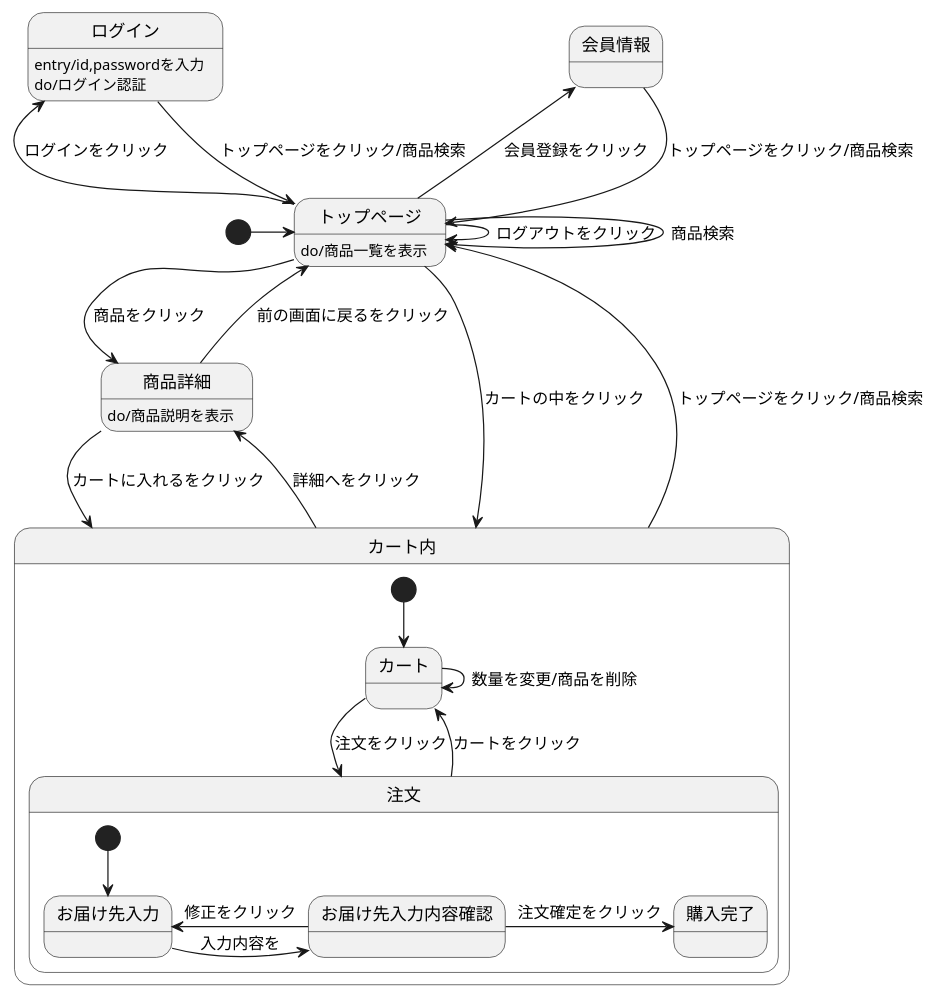
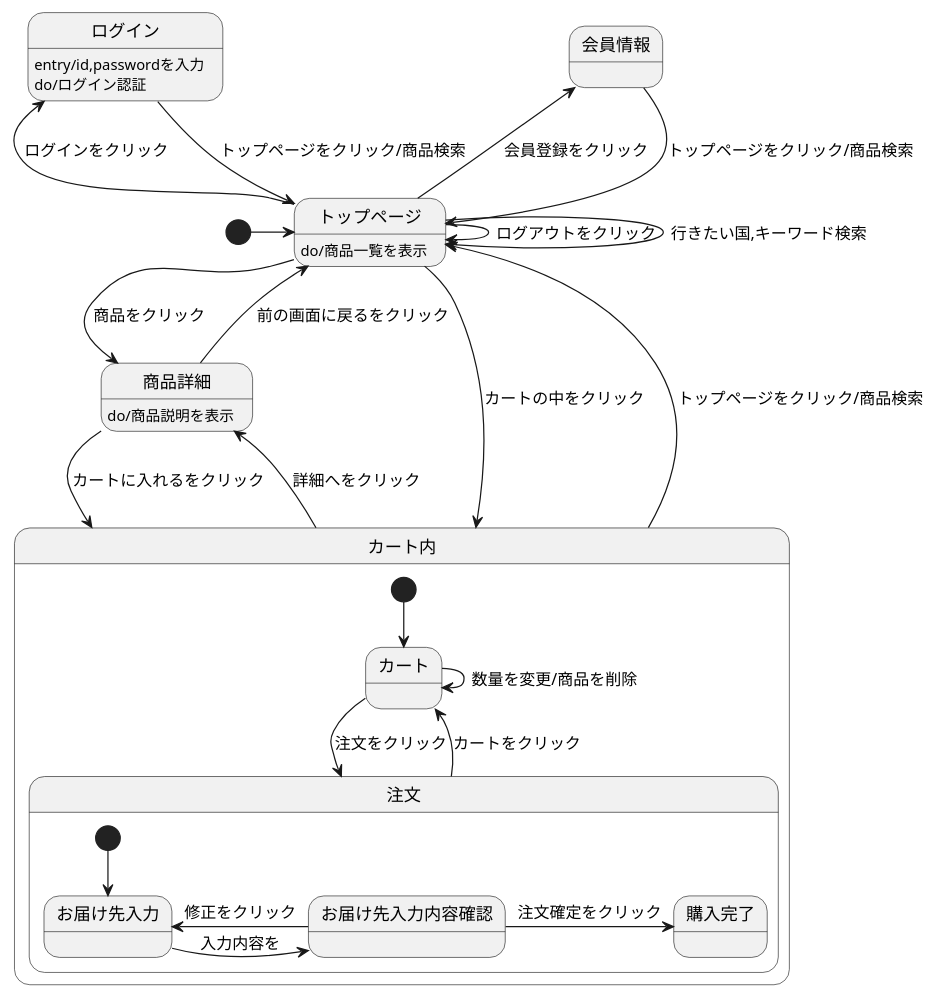
One commit to Aso2001195/2021sys-design changed the diagram in kadai8.md. Above: the diagram before and after it, drawn with PlantUML.

````diff
--- a/kadai8.md
+++ b/kadai8.md
@@ -1,34 +1,34 @@
 ```uml
 @startuml
 [*] -> トップページ
 会員情報 --> トップページ :トップページをクリック/商品検索
 ログイン --> トップページ :トップページをクリック/商品検索
 ログイン :entry/id,passwordを入力
 ログイン :do/ログイン認証
 トップページ -> トップページ :ログアウトをクリック
-トップページ -> トップページ :商品検索
+トップページ -> トップページ :行きたい国,キーワード検索
 トップページ -> 商品詳細 :商品をクリック
 トップページ -left-> 会員情報 :会員登録をクリック
 トップページ -left-> ログイン :ログインをクリック
 トップページ -> カート内 :カートの中をクリック
 トップページ : do/商品一覧を表示
 商品詳細 --> カート内 :カートに入れるをクリック
 商品詳細 --> トップページ :前の画面に戻るをクリック
 商品詳細 :do/商品説明を表示
 カート内 -up-> トップページ :トップページをクリック/商品検索
 カート内 ->商品詳細 :詳細へをクリック
 
 state カート内{
 [*] --> カート
 カート -> 注文 :注文をクリック
 カート -> カート :数量を変更/商品を削除
 注文 --> カート :カートをクリック
 state 注文{
  [*] --> お届け先入力
  お届け先入力 -> お届け先入力内容確認 :入力内容を
  お届け先入力内容確認 -> お届け先入力 :修正をクリック
  お届け先入力内容確認 -> 購入完了 :注文確定をクリック
  }
 }
 @enduml
 ```
````
